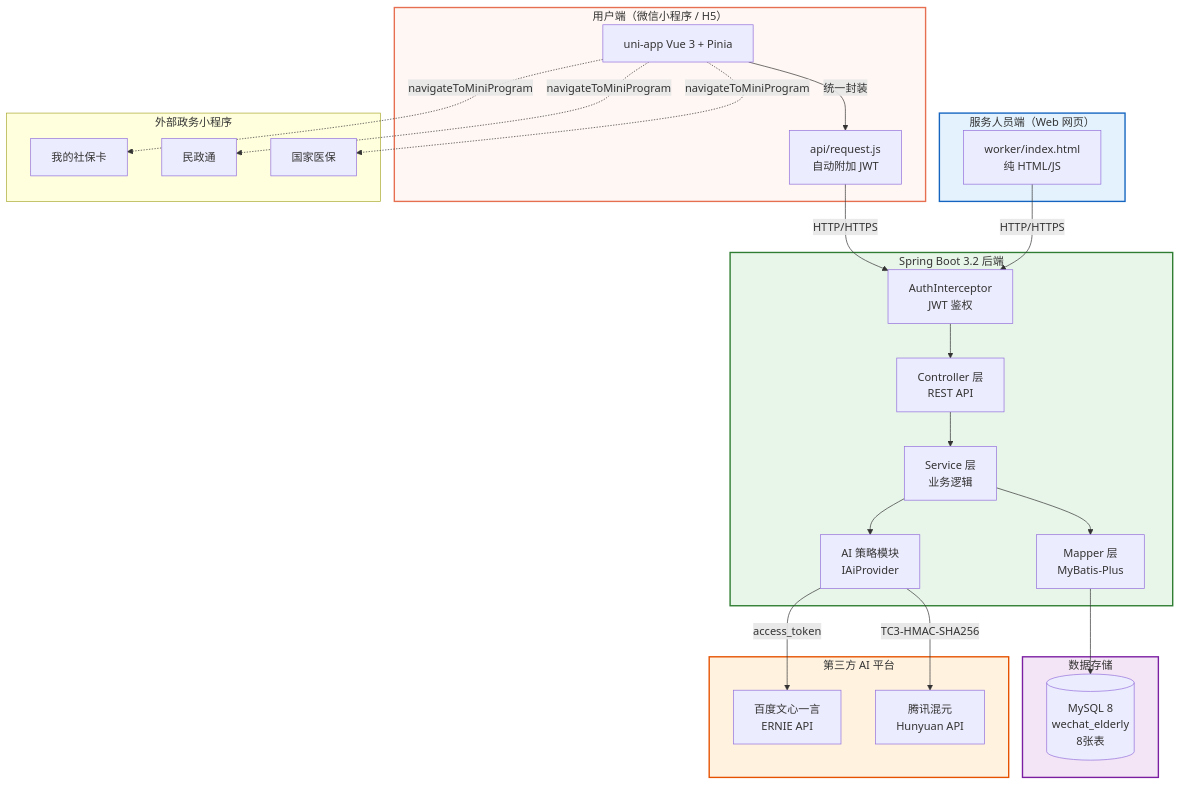
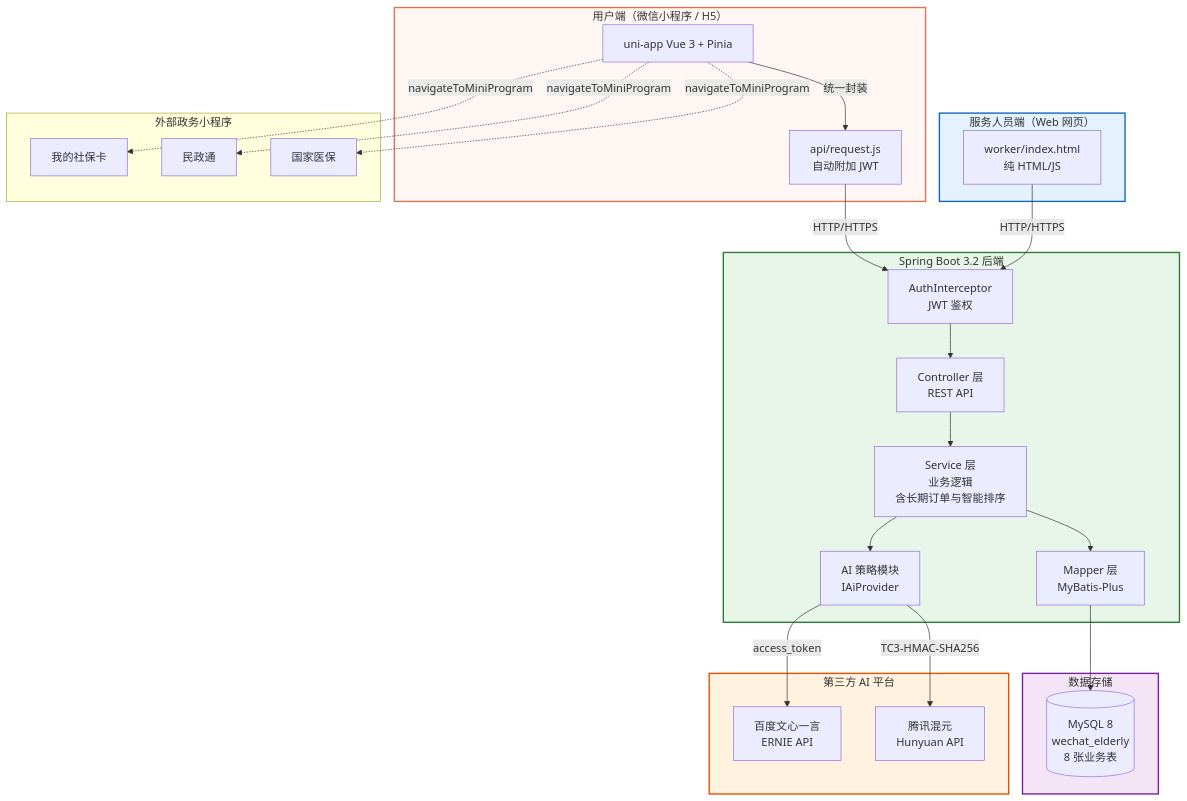
The diagram in md/diagrams/01-系统架构图.md (SeptThirteen/WeChat-Mini-Program), drawn with Mermaid before and after one commit. The commit also changed 151 other files, not shown here.

````diff
--- a/md/diagrams/01-系统架构图.md
+++ b/md/diagrams/01-系统架构图.md
@@ -3,53 +3,53 @@
 ```mermaid
 graph TB
     subgraph 用户端["用户端（微信小程序 / H5）"]
         MP[uni-app Vue 3 + Pinia]
         MP -->|统一封装| REQ[api/request.js<br/>自动附加 JWT]
     end
 
     subgraph 服务人员端["服务人员端（Web 网页）"]
         WK[worker/index.html<br/>纯 HTML/JS]
     end
 
     subgraph 后端服务["Spring Boot 3.2 后端"]
         AUTH[AuthInterceptor<br/>JWT 鉴权]
         CTRL[Controller 层<br/>REST API]
-        SVC[Service 层<br/>业务逻辑]
+        SVC[Service 层<br/>业务逻辑<br/>含长期订单与智能排序]
         MAPPER[Mapper 层<br/>MyBatis-Plus]
         AI_SVC[AI 策略模块<br/>IAiProvider]
     end
 
     subgraph 数据层["数据存储"]
-        DB[(MySQL 8<br/>wechat_elderly<br/>8张表)]
+        DB[(MySQL 8<br/>wechat_elderly<br/>8 张业务表)]
     end
 
     subgraph 第三方AI["第三方 AI 平台"]
         BAIDU[百度文心一言<br/>ERNIE API]
         TENCENT[腾讯混元<br/>Hunyuan API]
     end
 
     subgraph 外部小程序["外部政务小程序"]
         SB[我的社保卡]
         MZ[民政通]
         YB[国家医保]
     end
 
     REQ -->|HTTP/HTTPS| AUTH
     WK -->|HTTP/HTTPS| AUTH
     AUTH --> CTRL
     CTRL --> SVC
     SVC --> MAPPER
     MAPPER --> DB
     SVC --> AI_SVC
     AI_SVC -->|TC3-HMAC-SHA256| TENCENT
     AI_SVC -->|access_token| BAIDU
     MP -.->|navigateToMiniProgram| SB
     MP -.->|navigateToMiniProgram| MZ
     MP -.->|navigateToMiniProgram| YB
 
     style 用户端 fill:#fff7f3,stroke:#e76f51,stroke-width:2px
     style 服务人员端 fill:#e3f2fd,stroke:#1565c0,stroke-width:2px
     style 后端服务 fill:#e8f5e9,stroke:#2e7d32,stroke-width:2px
     style 数据层 fill:#f3e5f5,stroke:#7b1fa2,stroke-width:2px
     style 第三方AI fill:#fff3e0,stroke:#e65100,stroke-width:2px
 ```
````
